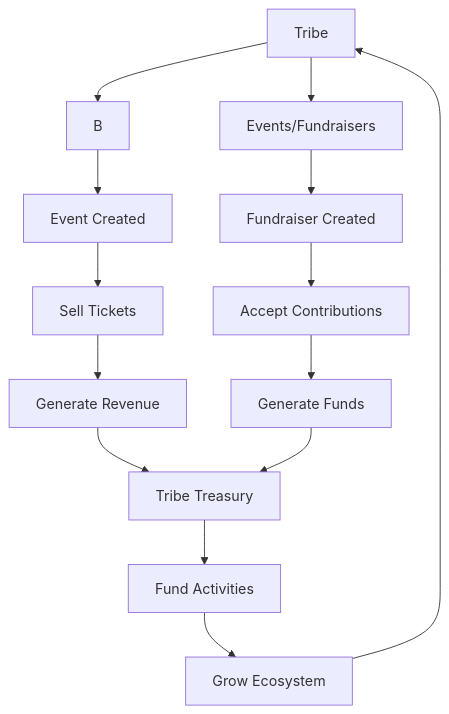
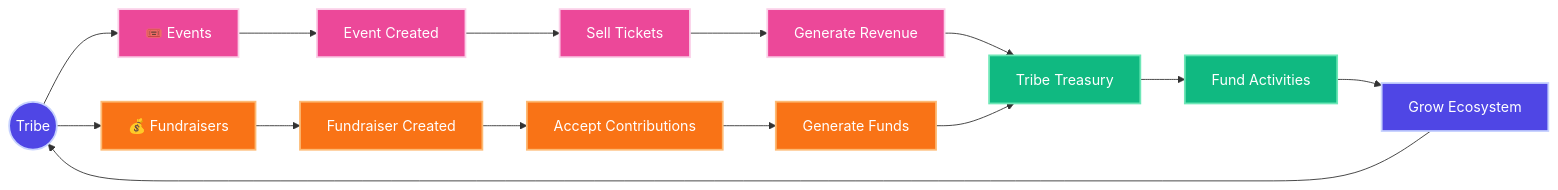
One commit to Wasserstoff-Innovation/TribesByAstrix changed the sixth of 6 diagrams in docs/user-flows.md. Above: the diagram before and after it, drawn with Mermaid. The commit also changed other lines of this file and 1 other file, not shown here.

````diff
--- a/docs/user-flows.md
+++ b/docs/user-flows.md
@@ -221,19 +607,30 @@
 ```mermaid
-flowchart TD
-    A[Tribe] --> B & C[Events/Fundraisers]
+flowchart LR
+    Tribe((Tribe)) --> B["🎟️ Events"]
+    Tribe --> C["💰 Fundraisers"]
     
     B --> D[Event Created]
     C --> E[Fundraiser Created]
     
     D --> F[Sell Tickets]
     E --> G[Accept Contributions]
     
     F --> H[Generate Revenue]
     G --> I[Generate Funds]
     
     H & I --> J[Tribe Treasury]
     
     J --> K[Fund Activities]
     K --> L[Grow Ecosystem]
-    L --> A
+    L --> Tribe
+    
+    classDef primary fill:#4f46e5,stroke:#c7d2fe,stroke-width:2px,color:#ffffff;
+    classDef event fill:#ec4899,stroke:#fbcfe8,stroke-width:2px,color:#ffffff;
+    classDef fundraiser fill:#f97316,stroke:#fdba74,stroke-width:2px,color:#ffffff;
+    classDef success fill:#10b981,stroke:#6ee7b7,stroke-width:2px,color:#ffffff;
+    
+    class Tribe,L primary;
+    class B,D,F,H event;
+    class C,E,G,I fundraiser;
+    class J,K success;
 ```
````
